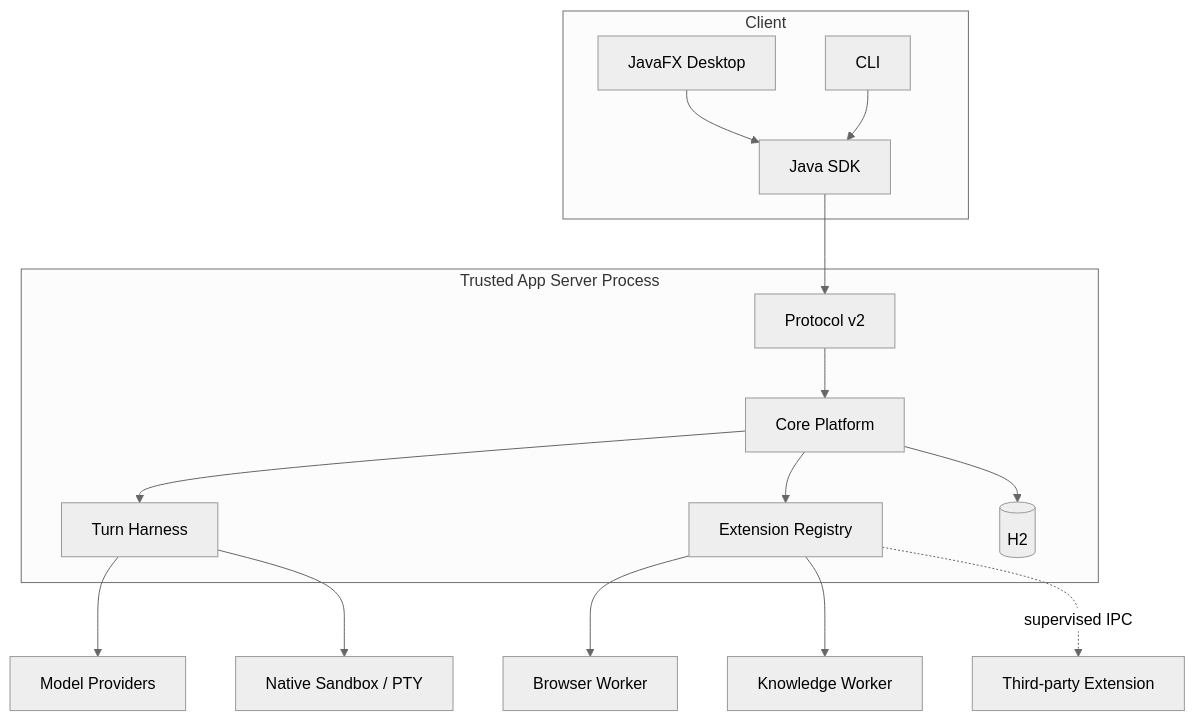
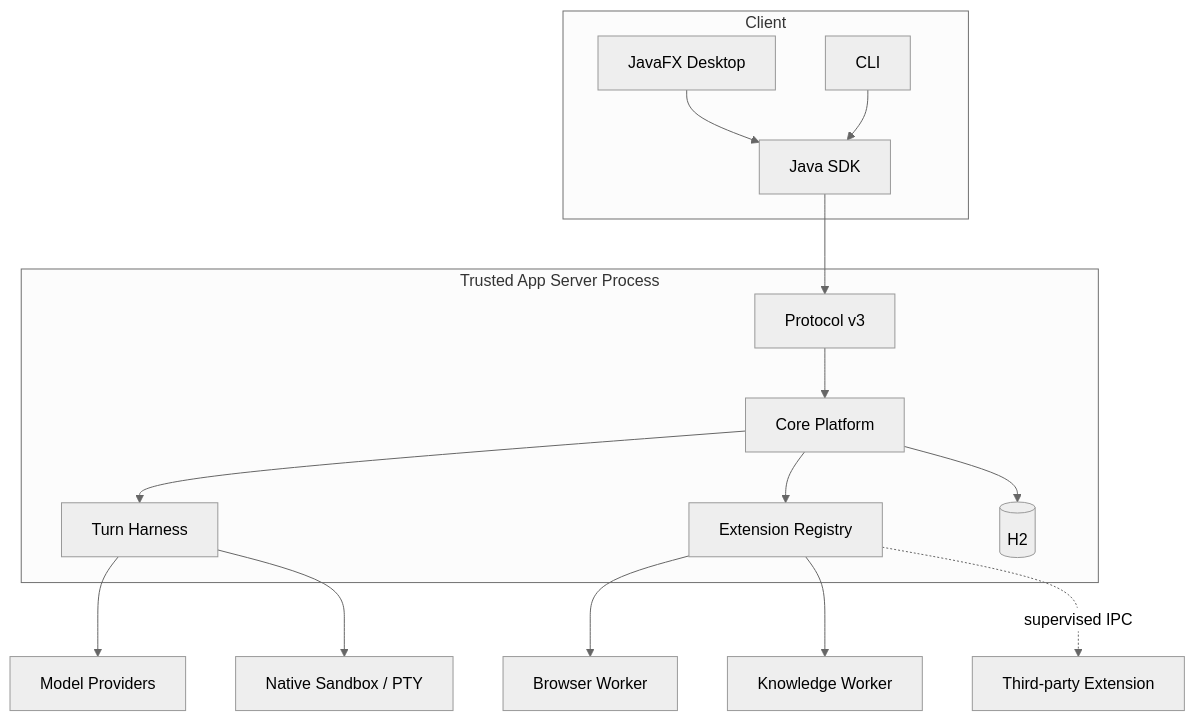
Before and after one commit to CogniCodeGen/JavaClaw: the diagram in docs/architecture/full-design.md, drawn with Mermaid (neutral theme). The commit also changed other lines of this file and 1199 other files, not shown here.

````diff
--- a/docs/architecture/full-design.md
+++ b/docs/architecture/full-design.md
@@ -9,27 +9,27 @@
 ```mermaid
 flowchart TB
     subgraph Client
         FX[JavaFX Desktop]
         CLI[CLI]
         SDK[Java SDK]
         FX --> SDK
         CLI --> SDK
     end
     subgraph TrustedHost[Trusted App Server Process]
-        RPC[Protocol v2]
+        RPC[Protocol v3]
         PLATFORM[Core Platform]
         HARNESS[Turn Harness]
         REGISTRY[Extension Registry]
         DB[(H2)]
         RPC --> PLATFORM
         PLATFORM --> HARNESS
         PLATFORM --> REGISTRY
         PLATFORM --> DB
     end
     SDK --> RPC
     HARNESS --> PROVIDERS[Model Providers]
     HARNESS --> SANDBOX[Native Sandbox / PTY]
     REGISTRY --> BW[Browser Worker]
     REGISTRY --> KW[Knowledge Worker]
     REGISTRY -. supervised IPC .-> TP[Third-party Extension]
 ```
````
